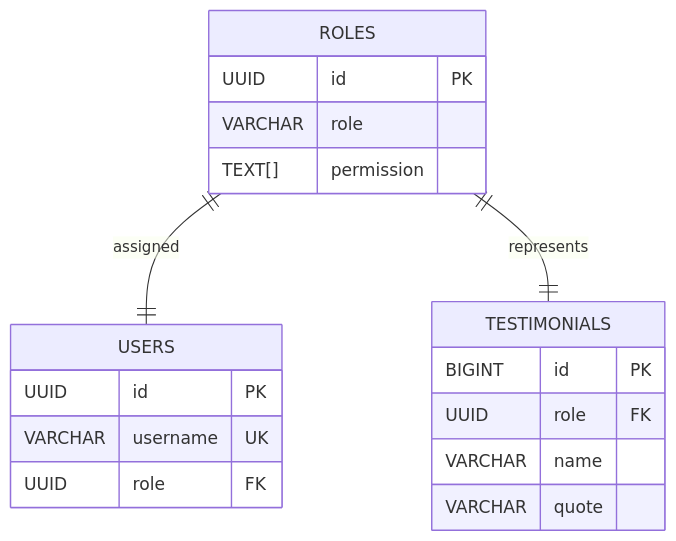
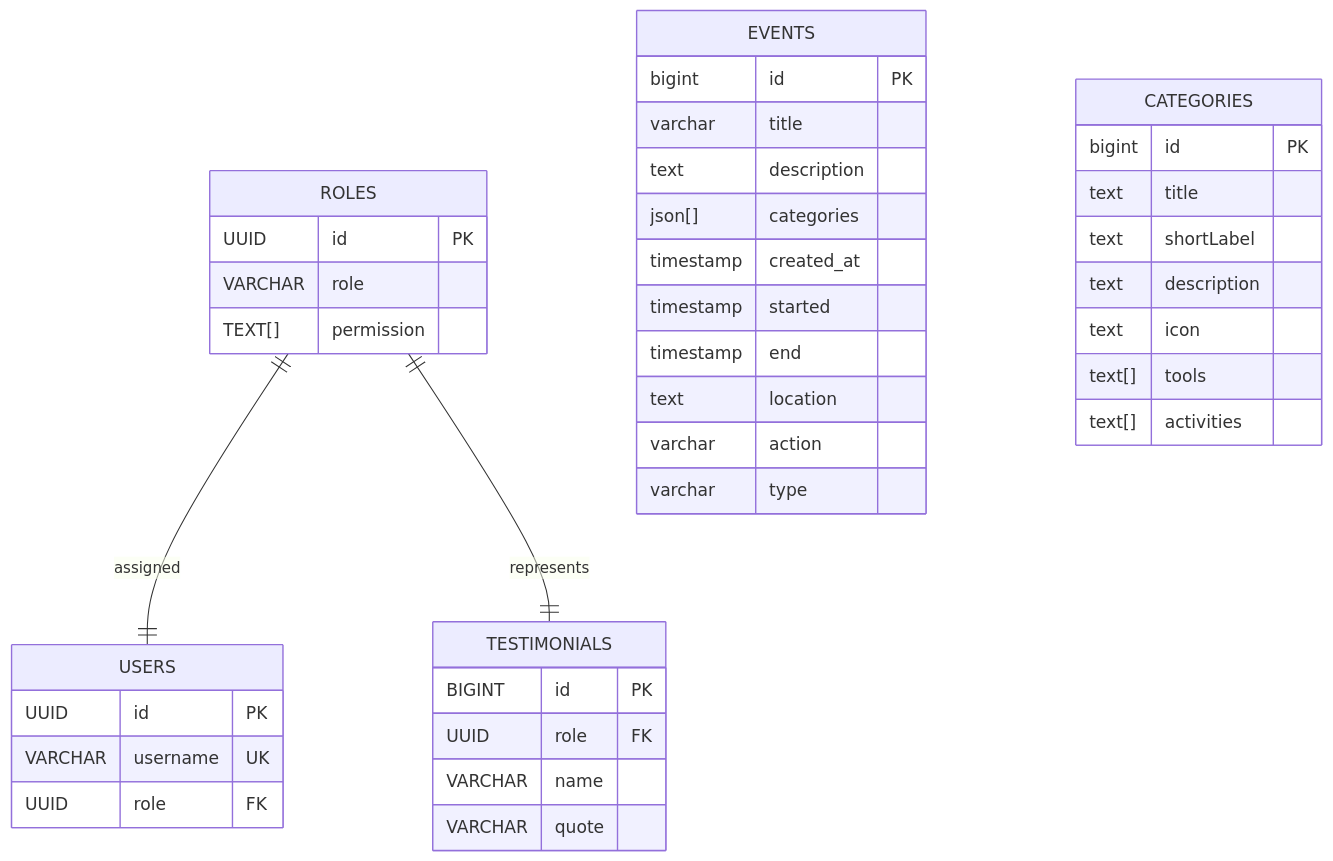
The diagram in README.md (RyannKim327/org-portfolio), drawn with Mermaid before and after one commit. The commit also changed other lines of this file, not shown here.

Commit message:
docs: added events and categories

````diff
--- a/README.md
+++ b/README.md
@@ -114,24 +148,47 @@
 ```mermaid
 erDiagram
     ROLES {
         UUID id PK
         VARCHAR role
         TEXT[] permission
     }
 
     USERS {
         UUID id PK
         VARCHAR username UK
         UUID role FK
     }
 
     TESTIMONIALS {
         BIGINT id PK
         UUID role FK
         VARCHAR name
         VARCHAR quote
     }
 
+    EVENTS {
+        bigint id PK
+        varchar title
+        text description
+        json[] categories
+        timestamp created_at
+        timestamp started
+        timestamp end
+        text location
+        varchar action
+        varchar type
+    }
+
+    CATEGORIES {
+        bigint id PK
+        text title
+        text shortLabel
+        text description
+        text icon
+        text[] tools
+        text[] activities
+    }
+    
     ROLES ||--|| USERS : assigned
     ROLES ||--|| TESTIMONIALS : represents
 ```
````
